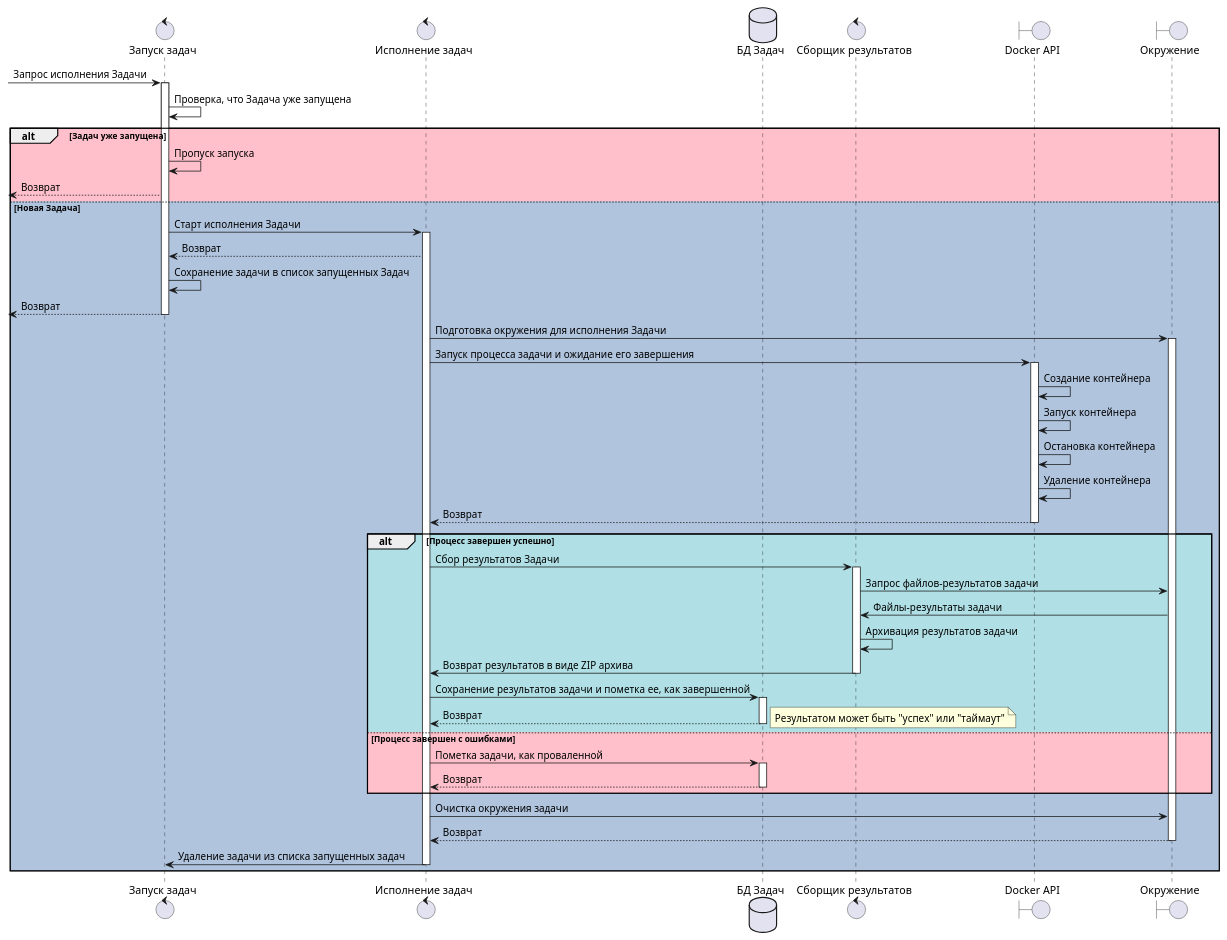
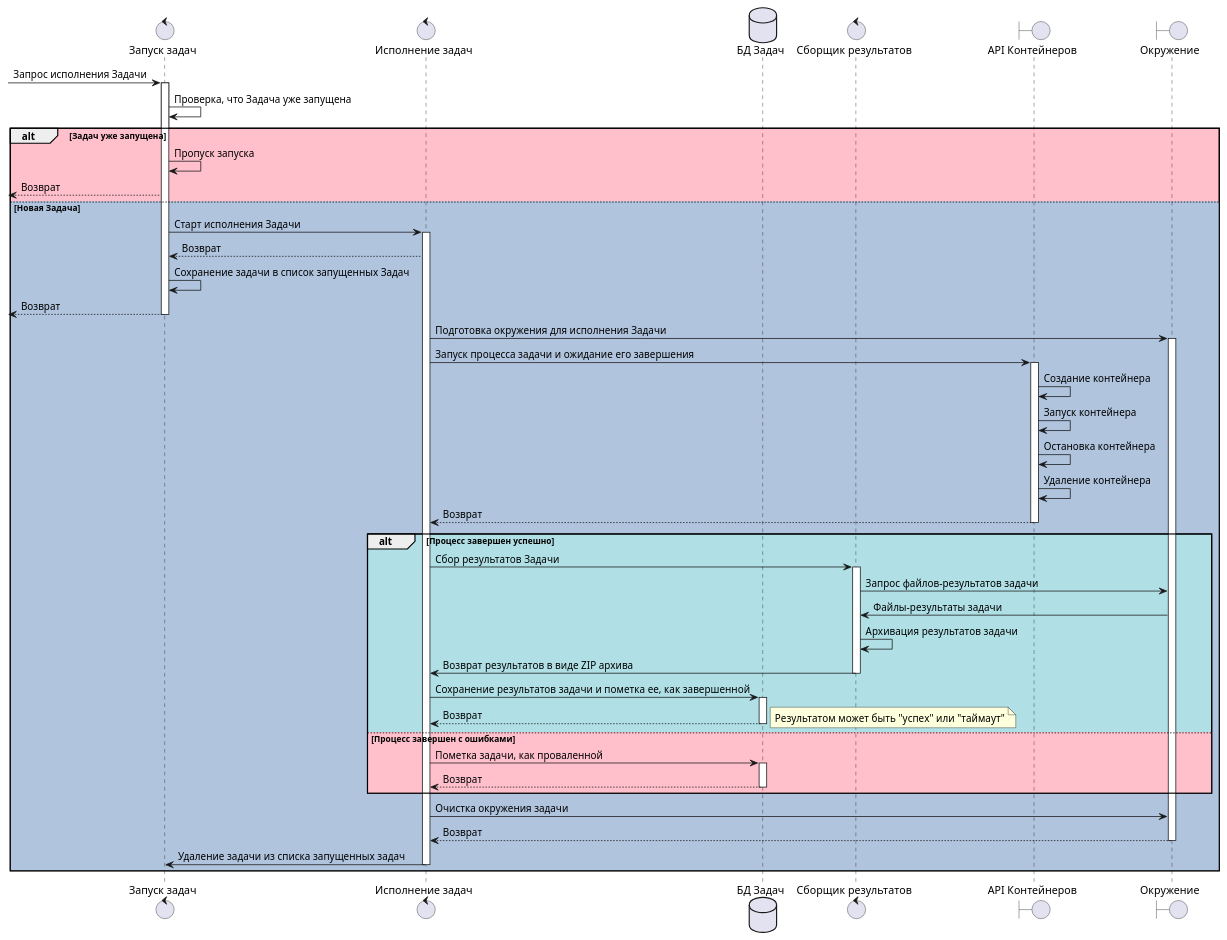
Before and after one commit to mrypdm/JobSystem: the second of 2 diagrams in docs/diagrams/sequence/Job.Worker.puml, drawn with PlantUML. The commit also changed 5 other files, not shown here.

```diff
--- a/docs/diagrams/sequence/Job.Worker.puml
+++ b/docs/diagrams/sequence/Job.Worker.puml
@@ -69,60 +69,60 @@
 @startuml Job runner
 
 control "Запуск задач" as STARTER
 control "Исполнение задач" as RUNNER
 database "БД Задач" as DB
 control "Сборщик результатов" as COLLECTOR
-boundary "Docker API" as DOCKER
+boundary "API Контейнеров" as DOCKER
 boundary "Окружение" as ENV
 
 [-> STARTER++: Запрос исполнения Задачи
 STARTER -> STARTER: Проверка, что Задача уже запущена
 
 alt #Pink Задач уже запущена
 
     STARTER -> STARTER: Пропуск запуска
     STARTER -->[: Возврат
 
 else #LightSteelBlue Новая Задача
 
     STARTER -> RUNNER++: Cтарт исполнения Задачи
     RUNNER --> STARTER: Возврат
     STARTER -> STARTER: Сохранение задачи в список запущенных Задач
     STARTER -->[--: Возврат
 
     RUNNER -> ENV++: Подготовка окружения для исполнения Задачи
 
     RUNNER -> DOCKER++: Запуск процесса задачи и ожидание его завершения
     DOCKER -> DOCKER: Создание контейнера
     DOCKER -> DOCKER: Запуск контейнера
     DOCKER -> DOCKER: Остановка контейнера
     DOCKER -> DOCKER: Удаление контейнера
     DOCKER --> RUNNER--: Возврат
 
     alt #PowderBlue Процесс завершен успешно
 
         RUNNER -> COLLECTOR++: Сбор результатов Задачи
         COLLECTOR -> ENV: Запрос файлов-результатов задачи
         ENV -> COLLECTOR: Файлы-результаты задачи
         COLLECTOR -> COLLECTOR: Архивация результатов задачи
         COLLECTOR -> RUNNER--: Возврат результатов в виде ZIP архива
 
         RUNNER -> DB++: Сохранение результатов задачи и пометка ее, как завершенной
         DB --> RUNNER--: Возврат
         note right: Результатом может быть "успех" или "таймаут"
 
     else #Pink Процесс завершен с ошибками
 
         RUNNER -> DB++: Пометка задачи, как проваленной
         DB --> RUNNER--: Возврат
 
     end
 
     RUNNER -> ENV: Очистка окружения задачи
     ENV --> RUNNER--: Возврат
 
     RUNNER -> STARTER--: Удаление задачи из списка запущенных задач
 
 end
 
 @enduml
```
